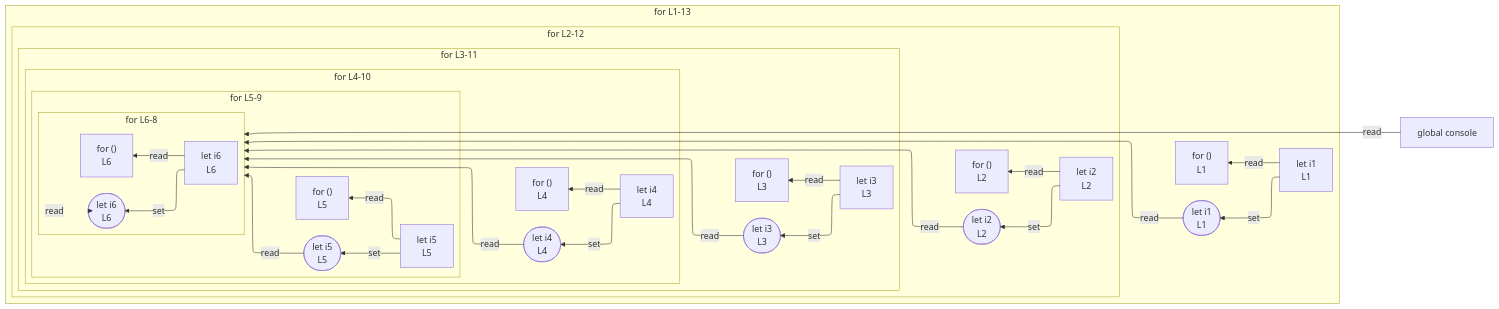
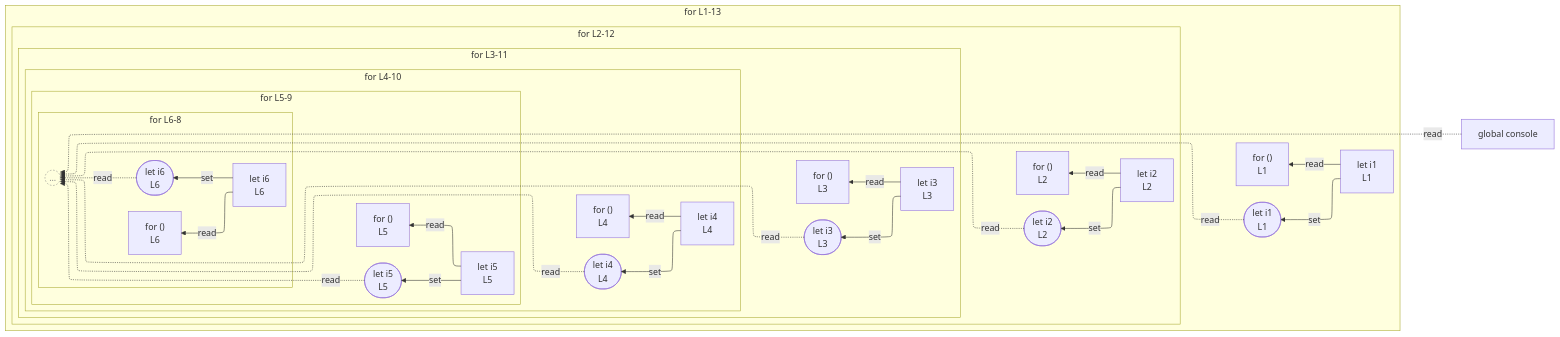
One commit to crescware/unsnarl changed the diagram in integration/fixtures/app-behavior/depth/for/depth-5/preview.md. Above: the diagram before and after it, drawn with Mermaid. The commit also changed 72 other files, not shown here.

First line of the commit message:
Render anonymous collapsed scopes as a BeyondDepth `((...))` stub

````diff
--- a/integration/fixtures/app-behavior/depth/for/depth-5/preview.md
+++ b/integration/fixtures/app-behavior/depth/for/depth-5/preview.md
@@ -23,60 +23,63 @@
 ```mermaid
 %%{init: {"flowchart": {"defaultRenderer": "elk"}}}%%
 flowchart RL
   n_scope_0_console_240["global console"]
   subgraph s_scope_1["for L1-13"]
     direction RL
     for_test_scope_0_0["for ()<br/>L1"]
     n_scope_1_i1_9["let i1<br/>L1"]
     wr_ref_2(["let i1<br/>L1"])
     subgraph s_scope_3["for L2-12"]
       direction RL
       for_test_scope_2_35["for ()<br/>L2"]
       n_scope_3_i2_44["let i2<br/>L2"]
       wr_ref_5(["let i2<br/>L2"])
       subgraph s_scope_5["for L3-11"]
         direction RL
         for_test_scope_4_72["for ()<br/>L3"]
         n_scope_5_i3_81["let i3<br/>L3"]
         wr_ref_8(["let i3<br/>L3"])
         subgraph s_scope_7["for L4-10"]
           direction RL
           for_test_scope_6_111["for ()<br/>L4"]
           n_scope_7_i4_120["let i4<br/>L4"]
           wr_ref_11(["let i4<br/>L4"])
           subgraph s_scope_9["for L5-9"]
             direction RL
             for_test_scope_8_152["for ()<br/>L5"]
             n_scope_9_i5_161["let i5<br/>L5"]
             wr_ref_14(["let i5<br/>L5"])
             subgraph s_scope_11["for L6-8"]
               direction RL
               for_test_scope_10_195["for ()<br/>L6"]
               n_scope_11_i6_204["let i6<br/>L6"]
               wr_ref_17(["let i6<br/>L6"])
+              beyond_depth_s_scope_11((...))
             end
           end
         end
       end
     end
   end
   n_scope_1_i1_9 -->|set| wr_ref_2
   n_scope_3_i2_44 -->|set| wr_ref_5
   n_scope_5_i3_81 -->|set| wr_ref_8
   n_scope_7_i4_120 -->|set| wr_ref_11
   n_scope_9_i5_161 -->|set| wr_ref_14
   n_scope_11_i6_204 -->|set| wr_ref_17
   n_scope_1_i1_9 -->|read| for_test_scope_0_0
   n_scope_3_i2_44 -->|read| for_test_scope_2_35
   n_scope_5_i3_81 -->|read| for_test_scope_4_72
   n_scope_7_i4_120 -->|read| for_test_scope_6_111
   n_scope_9_i5_161 -->|read| for_test_scope_8_152
   n_scope_11_i6_204 -->|read| for_test_scope_10_195
-  n_scope_0_console_240 -->|read| s_scope_11
-  wr_ref_2 -->|read| s_scope_11
-  wr_ref_5 -->|read| s_scope_11
-  wr_ref_8 -->|read| s_scope_11
-  wr_ref_11 -->|read| s_scope_11
-  wr_ref_14 -->|read| s_scope_11
-  wr_ref_17 -->|read| s_scope_11
+  n_scope_0_console_240 -.->|read| beyond_depth_s_scope_11
+  wr_ref_2 -.->|read| beyond_depth_s_scope_11
+  wr_ref_5 -.->|read| beyond_depth_s_scope_11
+  wr_ref_8 -.->|read| beyond_depth_s_scope_11
+  wr_ref_11 -.->|read| beyond_depth_s_scope_11
+  wr_ref_14 -.->|read| beyond_depth_s_scope_11
+  wr_ref_17 -.->|read| beyond_depth_s_scope_11
+  classDef boundaryStub fill:transparent,stroke:#888,stroke-dasharray:3 3,color:#888;
+  class beyond_depth_s_scope_11 boundaryStub;
 ```
````
